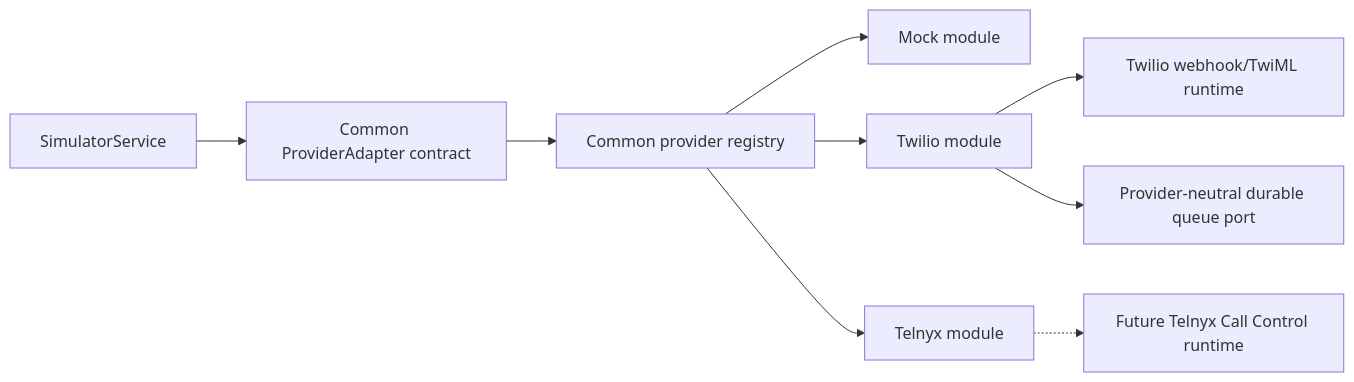
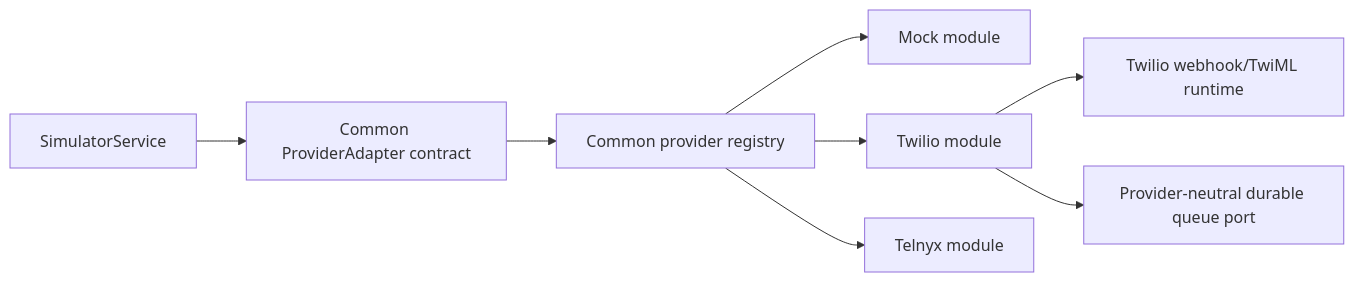
The third of 9 diagrams in docs/HLD.md (piyush-gambhir/telephony-voice-simulator), drawn with Mermaid before and after one commit. The commit also changed other lines of this file and 14 other files, not shown here.

````diff
--- a/docs/HLD.md
+++ b/docs/HLD.md
@@ -189,11 +187,10 @@
 ```mermaid
 flowchart LR
     Service["SimulatorService"] --> Contract["Common ProviderAdapter contract"]
     Registry["Common provider registry"] --> Mock["Mock module"]
     Registry --> Twilio["Twilio module"]
     Registry --> Telnyx["Telnyx module"]
     Contract --> Registry
     Twilio --> Webhooks["Twilio webhook/TwiML runtime"]
     Twilio --> Queue["Provider-neutral durable queue port"]
-    Telnyx -.-> Future["Future Telnyx Call Control runtime"]
 ```
````
